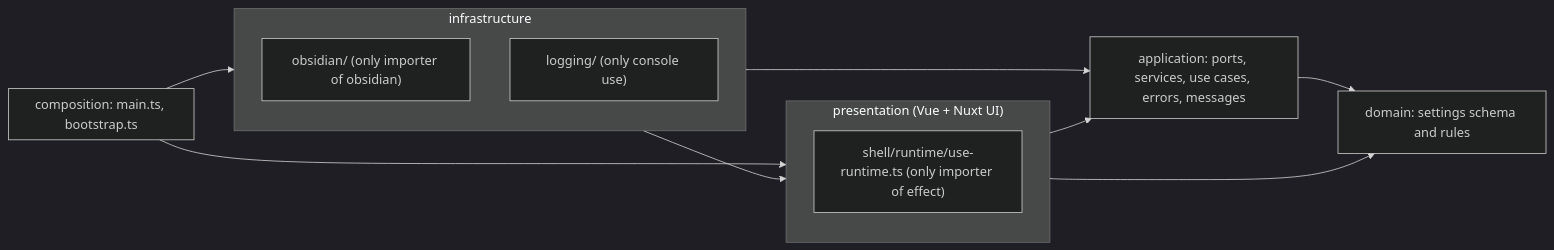
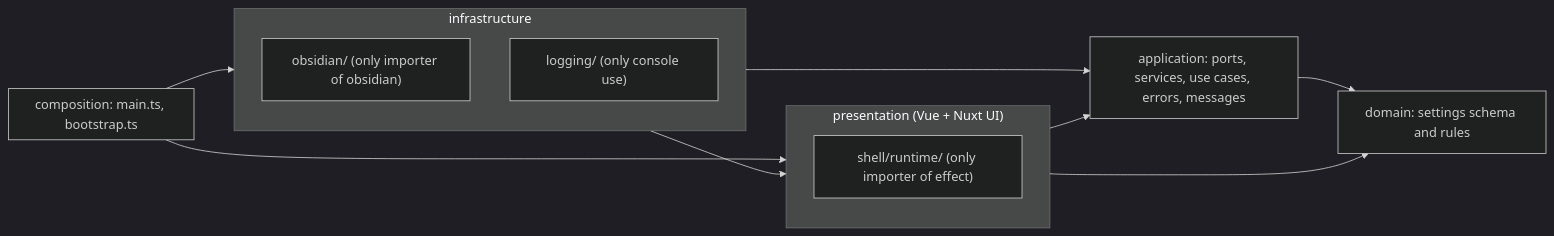
The first of 2 diagrams in docs/engineering/architecture.md (Luis85/weg-manager), drawn with Mermaid (dark theme) before and after one commit. The commit also changed other lines of this file and 71 other files, not shown here.

````diff
--- a/docs/engineering/architecture.md
+++ b/docs/engineering/architecture.md
@@ -5,22 +5,22 @@
 ```mermaid
 flowchart LR
   subgraph composition["composition: main.ts, bootstrap.ts"]
   end
   subgraph infra["infrastructure"]
     obs["obsidian/ (only importer of obsidian)"]
     logging["logging/ (only console use)"]
   end
   subgraph pres["presentation (Vue + Nuxt UI)"]
-    rt["shell/runtime/use-runtime.ts (only importer of effect)"]
+    rt["shell/runtime/ (only importer of effect)"]
   end
   app["application: ports, services, use cases, errors, messages"]
   dom["domain: settings schema and rules"]
 
   composition --> infra
   composition --> pres
   infra --> pres
   infra --> app
   pres --> app
   app --> dom
   pres --> dom
 ```
````
